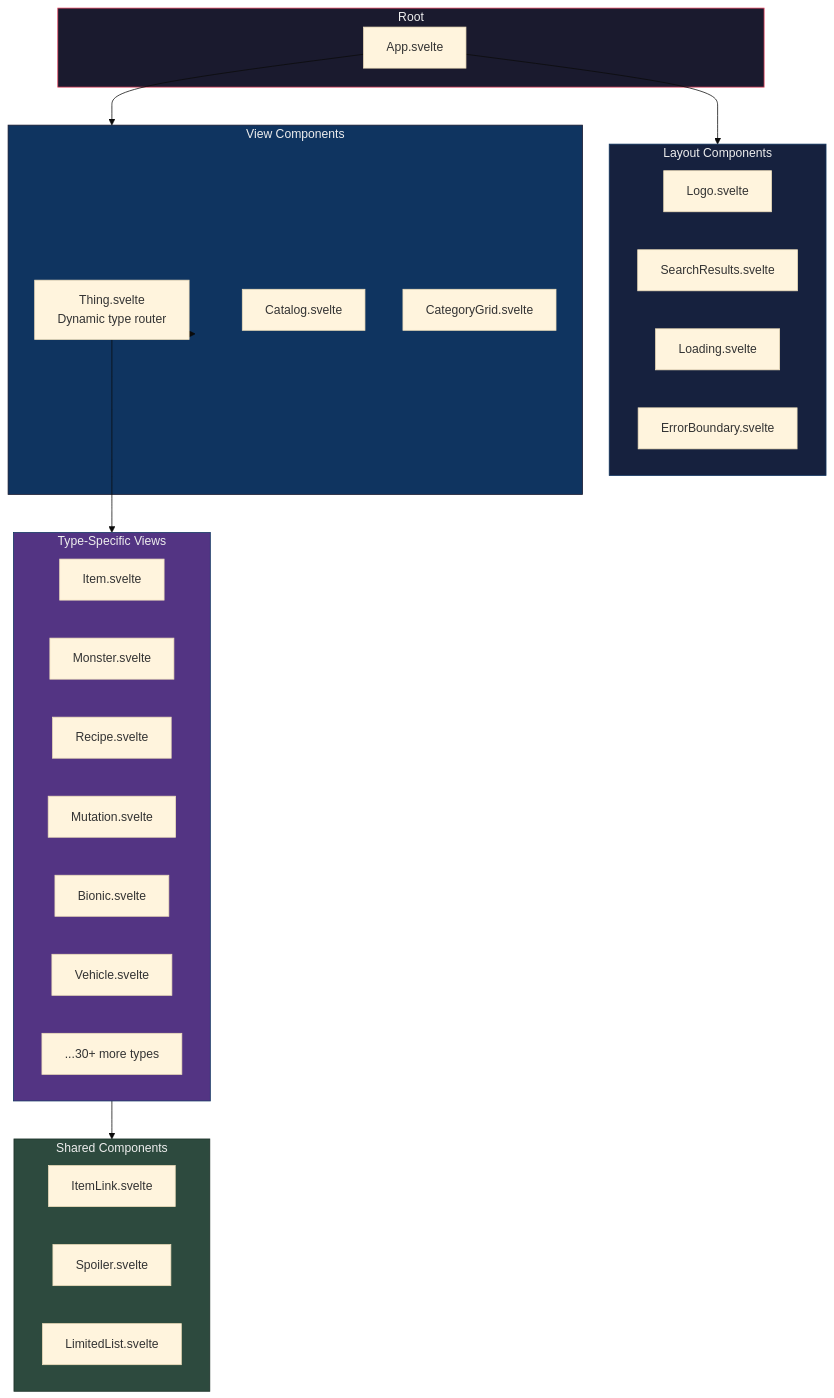
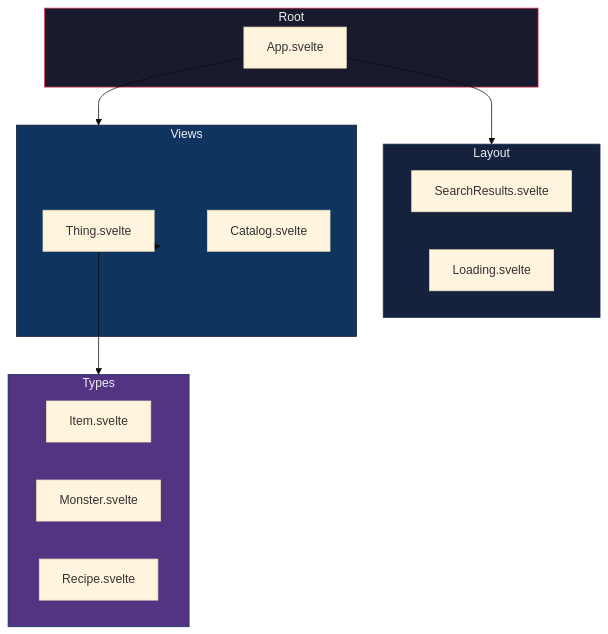
One commit to ushkinaz/cbn-guide changed the fifth of 8 diagrams in docs/architecture.md. Above: the diagram before and after it, drawn with Mermaid (base theme). The commit also changed other lines of this file, not shown here.

Commit message:
docs(architecture): update architecture documentation to clarify system components, data flow, and caching strategies for better understanding

````diff
--- a/docs/architecture.md
+++ b/docs/architecture.md
@@ -124,47 +175,32 @@
 ```mermaid
 flowchart TB
     subgraph Root["Root"]
         App[App.svelte]
     end
 
-    subgraph Layout["Layout Components"]
-        Logo[Logo.svelte]
+    subgraph Layout["Layout"]
         Search[SearchResults.svelte]
         Loading[Loading.svelte]
-        Error[ErrorBoundary.svelte]
     end
 
-    subgraph Views["View Components"]
-        Thing[Thing.svelte<br/>Dynamic type router]
+    subgraph Views["Views"]
+        Thing[Thing.svelte]
         Catalog[Catalog.svelte]
-        CategoryGrid[CategoryGrid.svelte]
     end
 
-    subgraph Types["Type-Specific Views"]
+    subgraph Types["Types"]
         Item[Item.svelte]
         Monster[Monster.svelte]
         Recipe[Recipe.svelte]
-        Mutation[Mutation.svelte]
-        Bionic[Bionic.svelte]
-        Vehicle[Vehicle.svelte]
-        More[...30+ more types]
-    end
-
-    subgraph Shared["Shared Components"]
-        ItemLink[ItemLink.svelte]
-        Spoiler[Spoiler.svelte]
-        LimitedList[LimitedList.svelte]
     end
 
     App --> Layout
     App --> Views
     Views --> Thing
     Thing --> Types
-    Types --> Shared
 
     style Root fill:#1a1a2e,stroke:#e94560,color:#eee
     style Layout fill:#16213e,stroke:#0f3460,color:#eee
     style Views fill:#0f3460,stroke:#1a1a2e,color:#eee
     style Types fill:#533483,stroke:#0f3460,color:#eee
-    style Shared fill:#2d4a3e,stroke:#1a2f26,color:#eee
 ```
````
